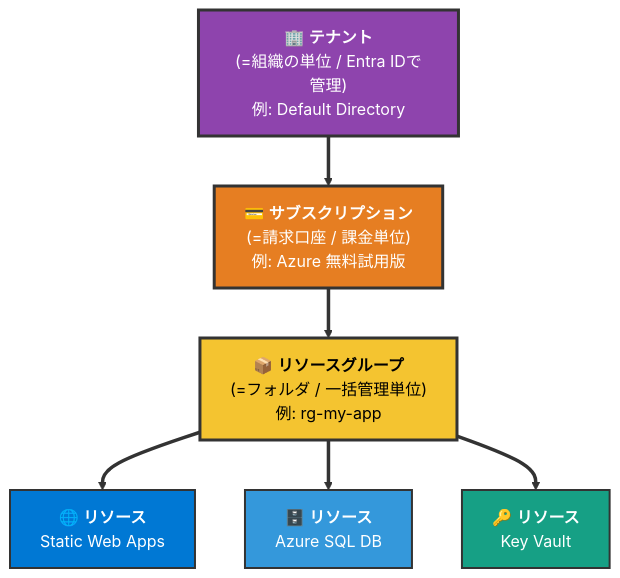
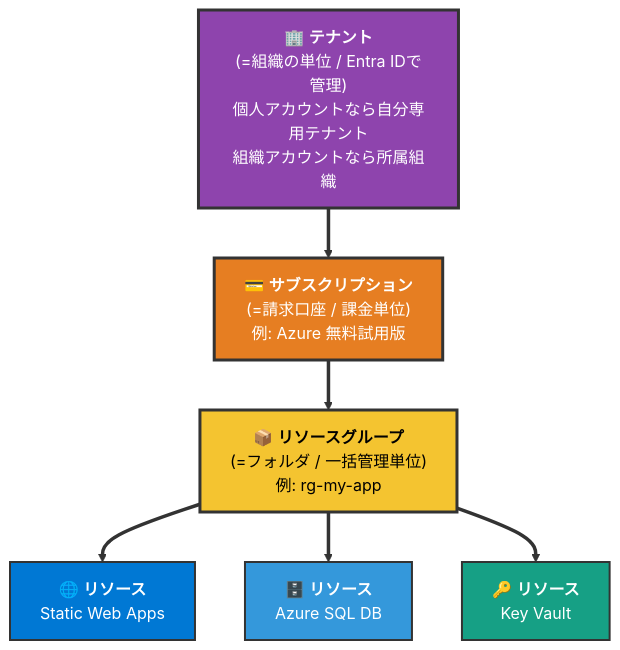
The fifth of 35 diagrams in azure/azure.md (kasuyaofcb/tech_docs), drawn with Mermaid before and after one commit. The commit also changed other lines of this file and 1 other file, not shown here.

````diff
--- a/azure/azure.md
+++ b/azure/azure.md
@@ -128,16 +128,16 @@
 ```mermaid
 flowchart TB
-    T["🏢 <b>テナント</b><br/>(=組織の単位 / Entra IDで管理)<br/>例: Default Directory"]
+    T["🏢 <b>テナント</b><br/>(=組織の単位 / Entra IDで管理)<br/>個人アカウントなら自分専用テナント<br/>組織アカウントなら所属組織"]
     T ==> S["💳 <b>サブスクリプション</b><br/>(=請求口座 / 課金単位)<br/>例: Azure 無料試用版"]
     S ==> RG["📦 <b>リソースグループ</b><br/>(=フォルダ / 一括管理単位)<br/>例: rg-my-app"]
     RG ==> R1["🌐 <b>リソース</b><br/>Static Web Apps"]
     RG ==> R2["🗄️ <b>リソース</b><br/>Azure SQL DB"]
     RG ==> R3["🔑 <b>リソース</b><br/>Key Vault"]
 
     style T fill:#8E44AD,color:#FFFFFF,stroke:#333,stroke-width:3px
     style S fill:#E67E22,color:#FFFFFF,stroke:#333,stroke-width:3px
     style RG fill:#F4C430,color:#000,stroke:#333,stroke-width:3px
     style R1 fill:#0078D4,color:#FFFFFF,stroke:#333,stroke-width:2px
     style R2 fill:#3498DB,color:#FFFFFF,stroke:#333,stroke-width:2px
     style R3 fill:#16A085,color:#FFFFFF,stroke:#333,stroke-width:2px
 ```
````
